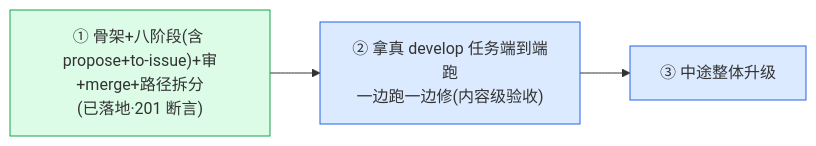
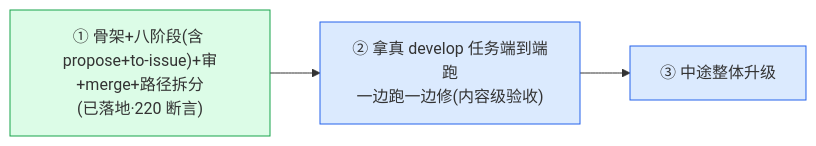
The tenth of 10 diagrams in docs/plugin/OVERVIEW.md (chancheuklap/multi-model-workflow), drawn with Mermaid before and after one commit. The commit also changed other lines of this file and 16 other files, not shown here.

````diff
--- a/docs/plugin/OVERVIEW.md
+++ b/docs/plugin/OVERVIEW.md
@@ -454,6 +453,6 @@
 ```mermaid
 flowchart LR
-    N1["① 骨架+八阶段(含 propose+to-issue)+审+merge+路径拆分<br/>(已落地·201 断言)"]:::done --> N2["② 拿真 develop 任务端到端跑<br/>一边跑一边修(内容级验收)"]:::nx --> N3["③ 中途整体升级"]:::nx
+    N1["① 骨架+八阶段(含 propose+to-issue)+审+merge+路径拆分<br/>(已落地·220 断言)"]:::done --> N2["② 拿真 develop 任务端到端跑<br/>一边跑一边修(内容级验收)"]:::nx --> N3["③ 中途整体升级"]:::nx
     classDef done fill:#dcfce7,stroke:#16a34a
     classDef nx fill:#dbeafe,stroke:#2563eb
 ```
````
